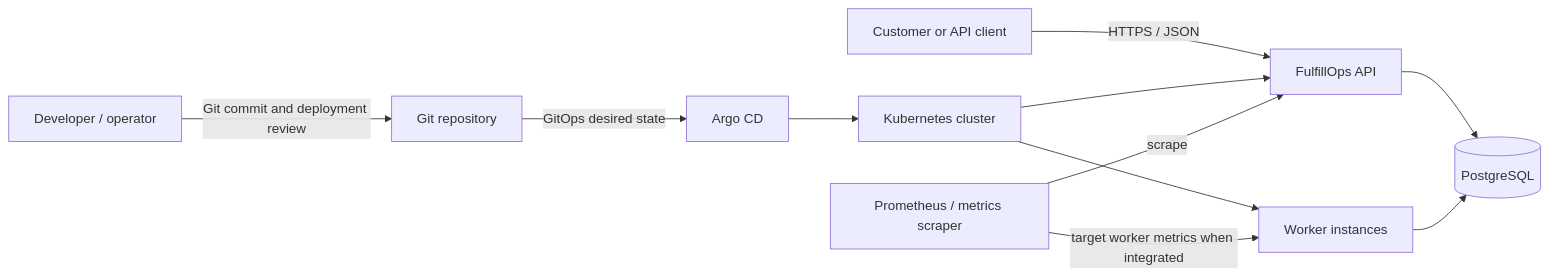
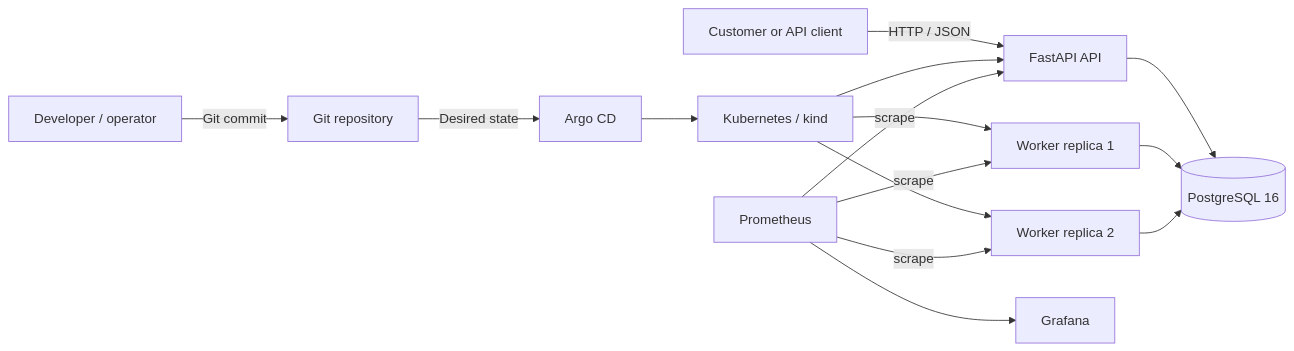
Before and after one commit to BenjaminGERARD2006/FULFILLOPS: the first of 4 diagrams in docs/architecture.md, drawn with Mermaid. The commit also changed other lines of this file and 1 other file, not shown here.

Commit message:
docs: refresh complete project README and architecture

````diff
--- a/docs/architecture.md
+++ b/docs/architecture.md
@@ -40,13 +51,17 @@
 ```mermaid
 flowchart LR
-    Customer[Customer or API client] -->|HTTPS / JSON| API[FulfillOps API]
-    Operator[Developer / operator] -->|Git commit and deployment review| Git[Git repository]
-    Git -->|GitOps desired state| Argo[Argo CD]
-    Argo --> K8s[Kubernetes cluster]
+    Client[Customer or API client] -->|HTTP / JSON| API[FastAPI API]
+    Operator[Developer / operator] -->|Git commit| Git[Git repository]
+    Git -->|Desired state| Argo[Argo CD]
+    Argo --> K8s[Kubernetes / kind]
     K8s --> API
-    K8s --> Worker[Worker instances]
-    API --> DB[(PostgreSQL)]
-    Worker --> DB
-    Prom[Prometheus / metrics scraper] -->|scrape| API
-    Prom -->|target worker metrics when integrated| Worker
+    K8s --> W1[Worker replica 1]
+    K8s --> W2[Worker replica 2]
+    API --> DB[(PostgreSQL 16)]
+    W1 --> DB
+    W2 --> DB
+    Prom[Prometheus] -->|scrape| API
+    Prom -->|scrape| W1
+    Prom -->|scrape| W2
+    Prom --> Grafana[Grafana]
 ```
````
